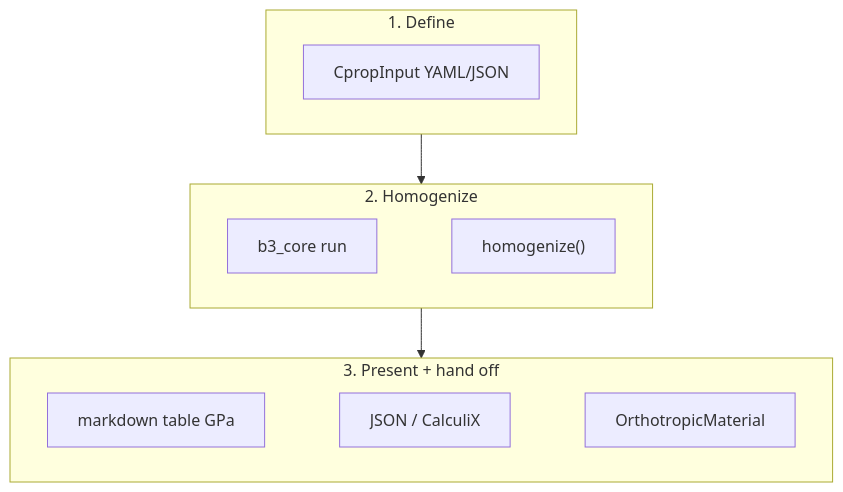
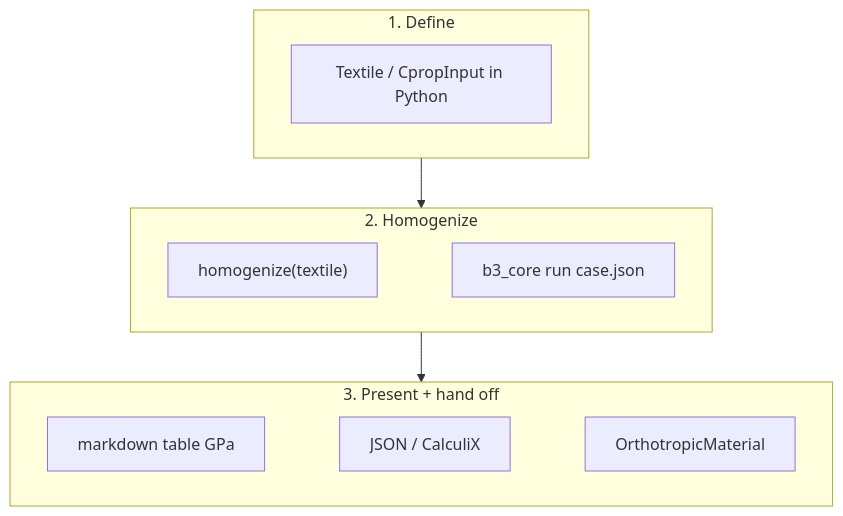
One commit to wr1/b3_core changed the diagram in docs/guides/agent-use.mdx. Above: the diagram before and after it, drawn with Mermaid. The commit also changed other lines of this file and 10 other files, not shown here.

First line of the commit message:
Prefer textile-as-code over YAML-first case authoring.

````diff
--- a/docs/guides/agent-use.mdx
+++ b/docs/guides/agent-use.mdx
@@ -35,16 +35,16 @@
 ```mermaid
 flowchart TB
   subgraph prep[1. Define]
     direction LR
-    case[CpropInput YAML/JSON]
+    code["Textile / CpropInput in Python"]
   end
   subgraph run[2. Homogenize]
     direction LR
-    cli["b3_core run"] ~~~ py["homogenize()"]
+    py["homogenize(textile)"] ~~~ cli["b3_core run case.json"]
   end
   subgraph handoff[3. Present + hand off]
     direction LR
     table[markdown table GPa] ~~~ card[JSON / CalculiX] ~~~ mat[OrthotropicMaterial]
   end
   prep --> run --> handoff
 ```
````
